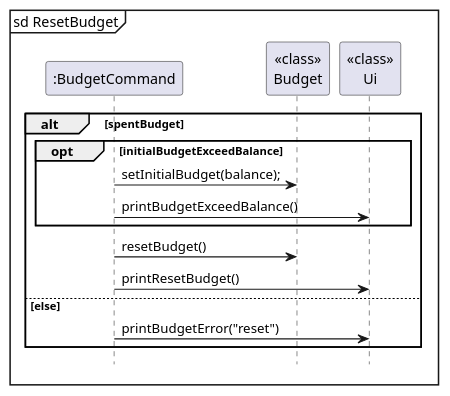
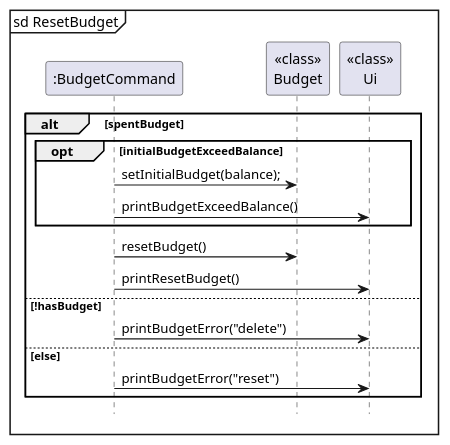
Before and after one commit to nus-cs2113-AY2324S1/tp: the diagram in docs/diagrams/resetBudget.puml, drawn with PlantUML. The commit also changed 8 other files, not shown here.

```diff
--- a/docs/diagrams/resetBudget.puml
+++ b/docs/diagrams/resetBudget.puml
@@ -1,20 +1,22 @@
 @startuml
 
 mainframe sd ResetBudget
 participant ":BudgetCommand" as BudgetCommand
 participant "<<class>>\nBudget" as Budget
 participant "<<class>>\nUi" as Ui
 
 alt spentBudget
     opt initialBudgetExceedBalance
         BudgetCommand -> Budget: setInitialBudget(balance);
         BudgetCommand -> Ui: printBudgetExceedBalance()
     end
     BudgetCommand -> Budget: resetBudget()
     BudgetCommand -> Ui: printResetBudget()
+else !hasBudget
+    BudgetCommand -> Ui: printBudgetError("delete")
 else else
     BudgetCommand -> Ui: printBudgetError("reset")
 end
 
 hide footbox
 @enduml
```
